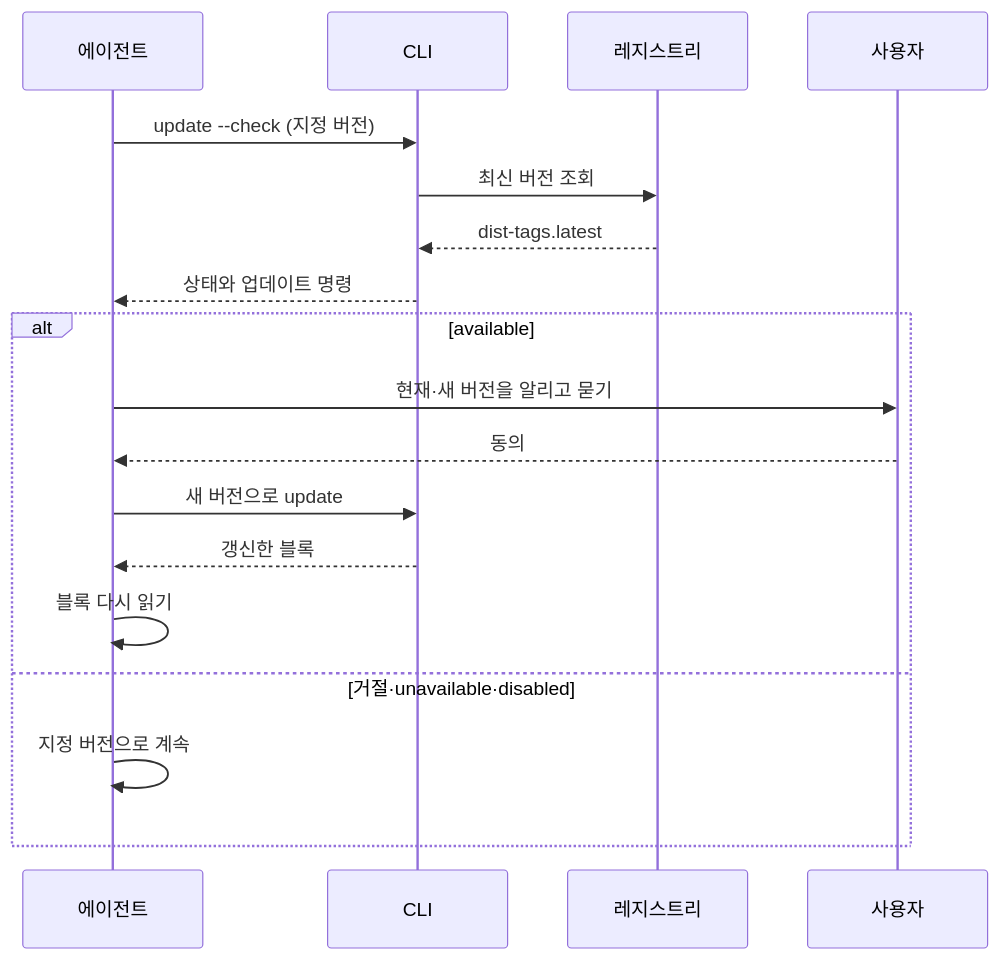
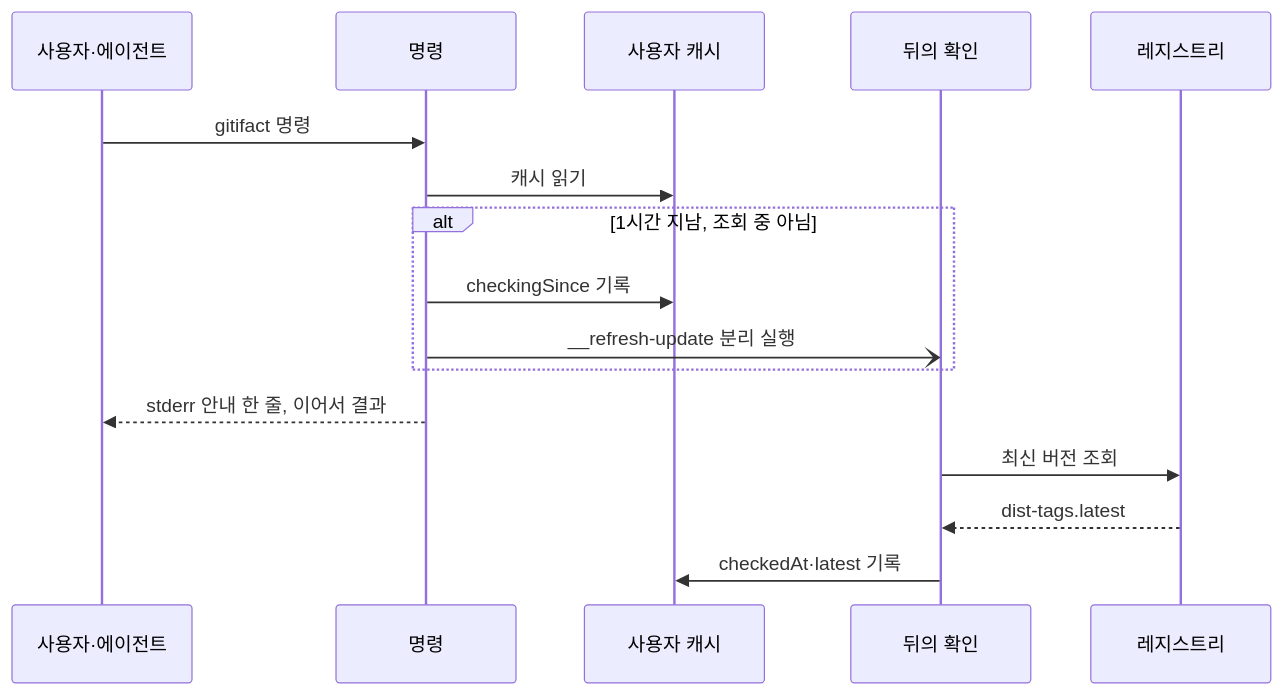
Before and after one commit to dev-goraebap/gitifact: the first of 2 diagrams in .gitifact/spec/updates/design/interface.md, drawn with Mermaid. The commit also changed other lines of this file and 56 other files, not shown here.

````diff
--- a/.gitifact/spec/updates/design/interface.md
+++ b/.gitifact/spec/updates/design/interface.md
@@ -58,20 +61,18 @@
 ```mermaid
 sequenceDiagram
-  participant A as 에이전트
-  participant C as CLI
+  participant U as 사용자·에이전트
+  participant C as 명령
+  participant K as 사용자 캐시
+  participant B as 뒤의 확인
   participant R as 레지스트리
-  participant U as 사용자
-  A->>C: update --check (지정 버전)
-  C->>R: 최신 버전 조회
-  R-->>C: dist-tags.latest
-  C-->>A: 상태와 업데이트 명령
-  alt available
-    A->>U: 현재·새 버전을 알리고 묻기
-    U-->>A: 동의
-    A->>C: 새 버전으로 update
-    C-->>A: 갱신한 블록
-    A->>A: 블록 다시 읽기
-  else 거절·unavailable·disabled
-    A->>A: 지정 버전으로 계속
+  U->>C: gitifact 명령
+  C->>K: 캐시 읽기
+  alt 1시간 지남, 조회 중 아님
+    C->>K: checkingSince 기록
+    C-)B: __refresh-update 분리 실행
   end
+  C-->>U: stderr 안내 한 줄, 이어서 결과
+  B->>R: 최신 버전 조회
+  R-->>B: dist-tags.latest
+  B->>K: checkedAt·latest 기록
 ```
````
